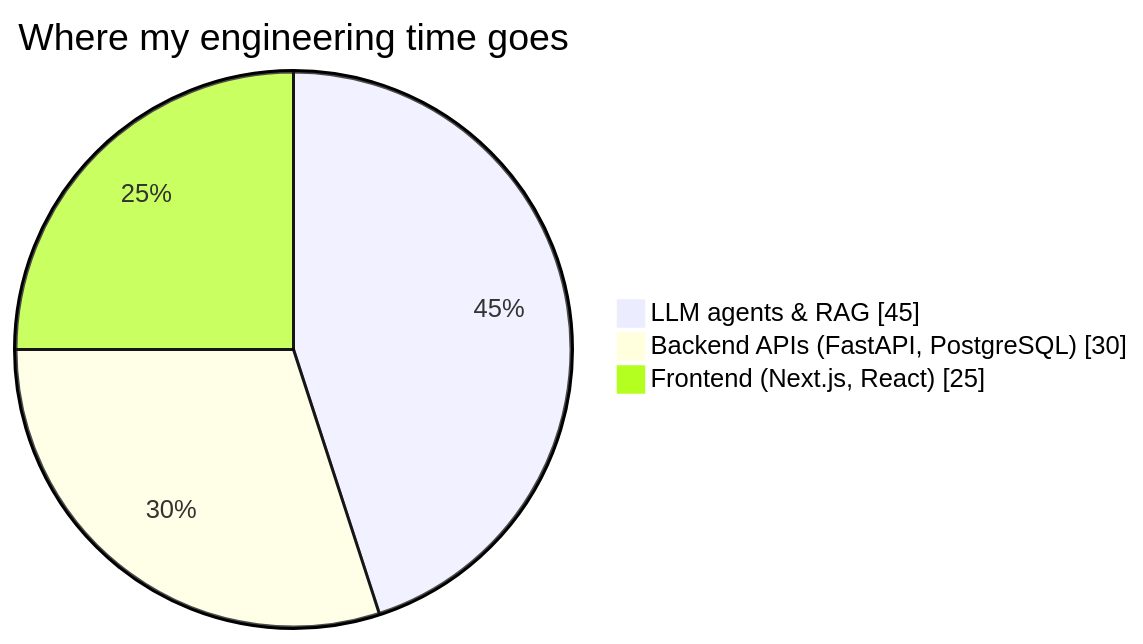
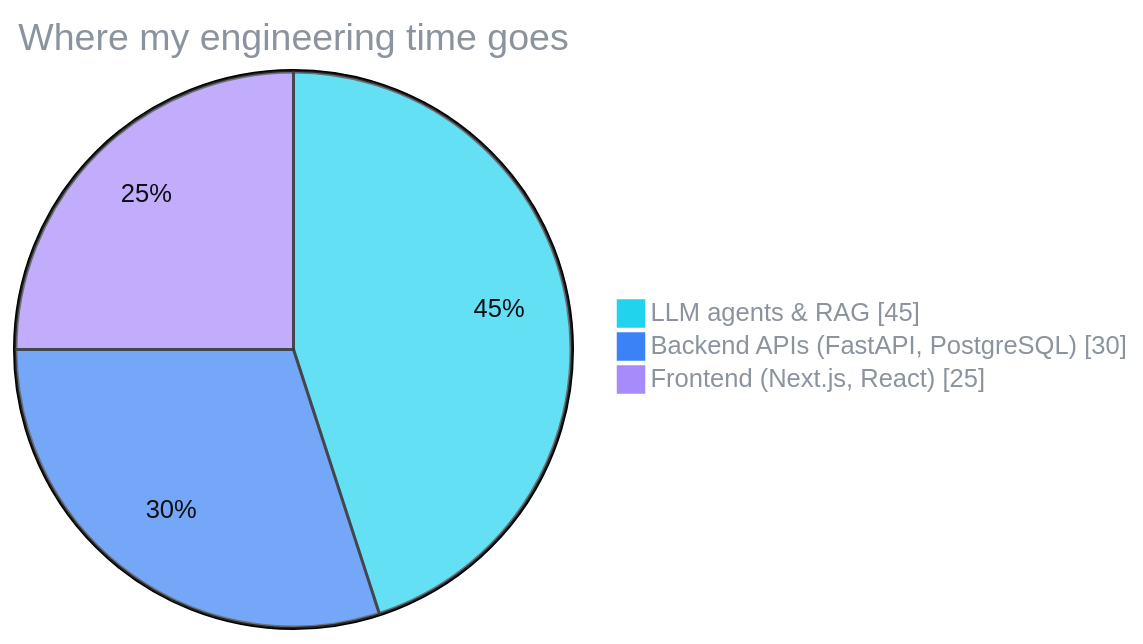
Before and after one commit to manohar-kumar1/manohar-kumar1: the second of 2 diagrams in README.md, drawn with Mermaid.

Commit message:
Readable pie colors

````diff
--- a/README.md
+++ b/README.md
@@ -45,7 +45,8 @@
 ```mermaid
+%%{init: {"theme": "base", "themeVariables": {"pie1": "#22D3EE", "pie2": "#3B82F6", "pie3": "#A78BFA", "pieTitleTextColor": "#8B949E", "pieLegendTextColor": "#8B949E", "pieSectionTextColor": "#0B0F14", "pieStrokeColor": "#30363D"}}}%%
 pie showData
     title Where my engineering time goes
     "LLM agents & RAG" : 45
     "Backend APIs (FastAPI, PostgreSQL)" : 30
     "Frontend (Next.js, React)" : 25
 ```
````
